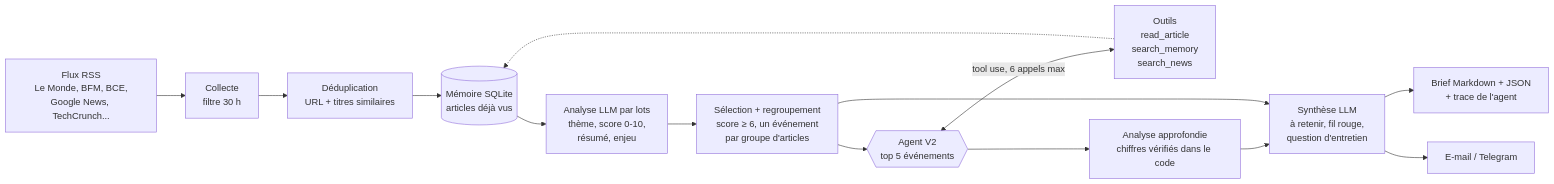
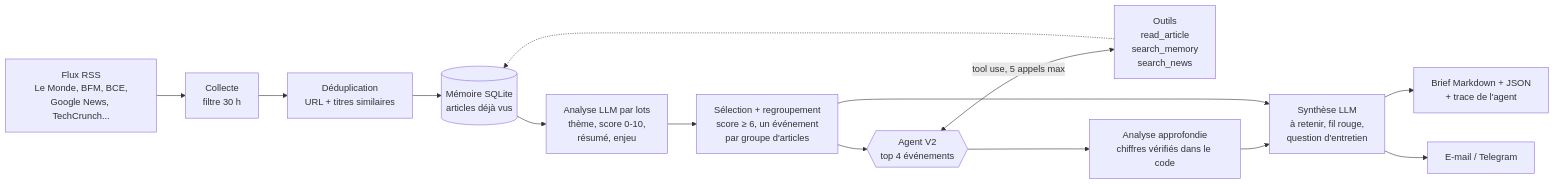
One commit to Alexjudoue/Veille-ia changed the diagram in README.md. Above: the diagram before and after it, drawn with Mermaid. The commit also changed other lines of this file and 3 other files, not shown here.

````diff
--- a/README.md
+++ b/README.md
@@ -11,16 +11,16 @@
 ```mermaid
 flowchart LR
     A[Flux RSS<br/>Le Monde, BFM, BCE,<br/>Google News, TechCrunch...] --> B[Collecte<br/>filtre 30 h]
     B --> C[Déduplication<br/>URL + titres similaires]
     C --> D[(Mémoire SQLite<br/>articles déjà vus)]
     D --> E[Analyse LLM par lots<br/>thème, score 0-10,<br/>résumé, enjeu]
     E --> F[Sélection + regroupement<br/>score ≥ 6, un événement<br/>par groupe d'articles]
-    F --> J{{Agent V2<br/>top 5 événements}}
-    J <-->|tool use, 6 appels max| K[Outils<br/>read_article<br/>search_memory<br/>search_news]
+    F --> J{{Agent V2<br/>top 4 événements}}
+    J <-->|tool use, 5 appels max| K[Outils<br/>read_article<br/>search_memory<br/>search_news]
     K -.-> D
     J --> L[Analyse approfondie<br/>chiffres vérifiés dans le code]
     L --> G[Synthèse LLM<br/>à retenir, fil rouge,<br/>question d'entretien]
     F --> G
     G --> H[Brief Markdown + JSON<br/>+ trace de l'agent]
     G --> I[E-mail / Telegram]
 ```
````
